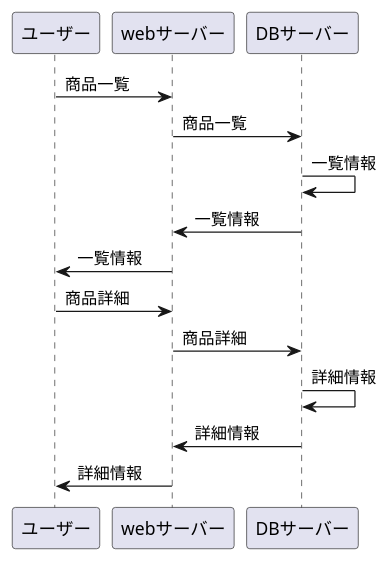
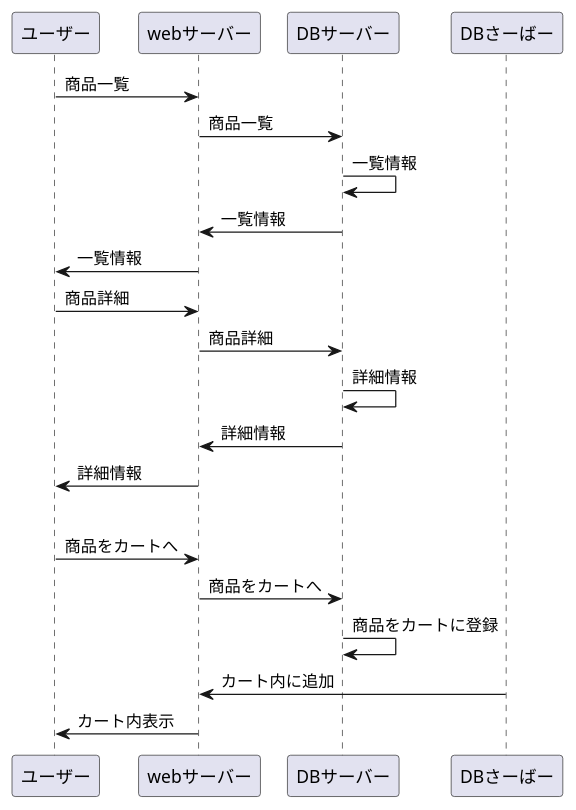
Before and after one commit to Aso2001181/2021sys-design: the diagram in syouhinnitiran.md, drawn with PlantUML.

````diff
--- a/syouhinnitiran.md
+++ b/syouhinnitiran.md
@@ -3,14 +3,20 @@
 ```uml
 @startuml
 ユーザー -> webサーバー:商品一覧
 webサーバー -> DBサーバー:商品一覧
 DBサーバー -> DBサーバー:一覧情報
 DBサーバー -> webサーバー:一覧情報
 webサーバー -> ユーザー:一覧情報
 ユーザー -> webサーバー:商品詳細
 webサーバー -> DBサーバー:商品詳細
 DBサーバー -> DBサーバー:詳細情報
 DBサーバー -> webサーバー:詳細情報
 webサーバー -> ユーザー:詳細情報
+alt カートに入れる
+ユーザー -> webサーバー:商品をカートへ
+webサーバー -> DBサーバー:商品をカートへ
+DBサーバー -> DBサーバー:商品をカートに登録
+DBさーばー -> webサーバー:カート内に追加
+webサーバー -> ユーザー:カート内表示
 @enduml
 ```
````
